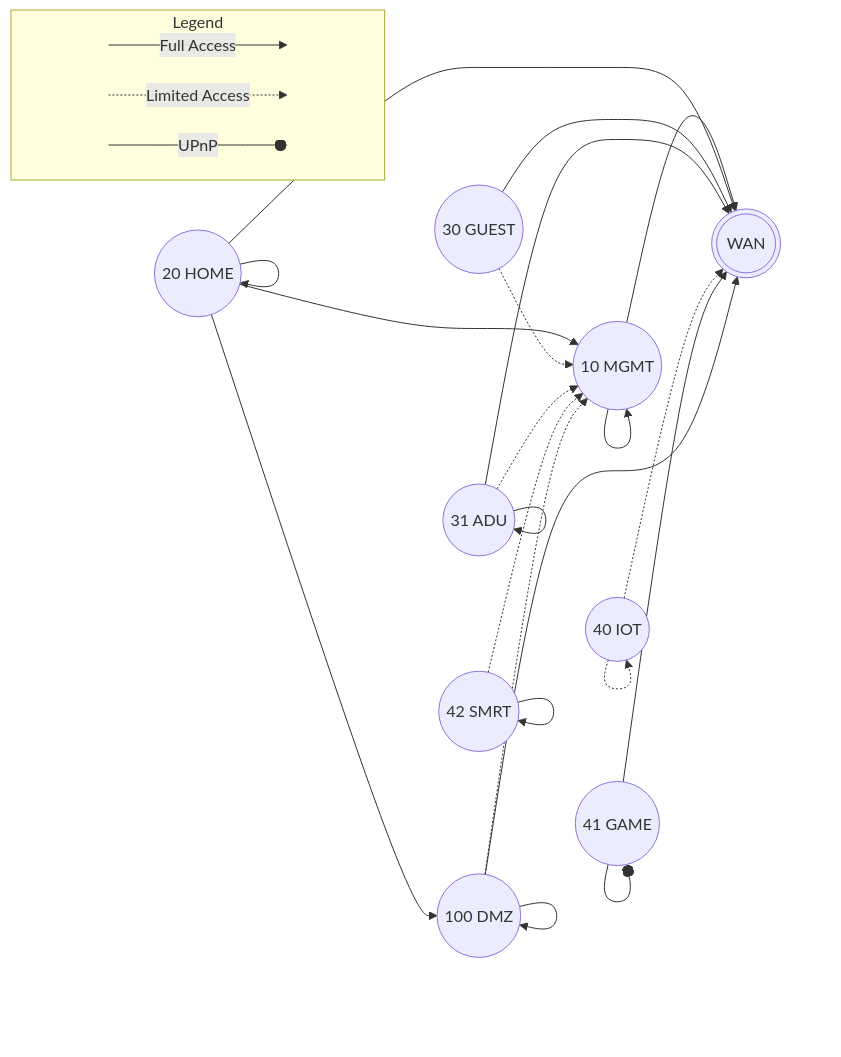
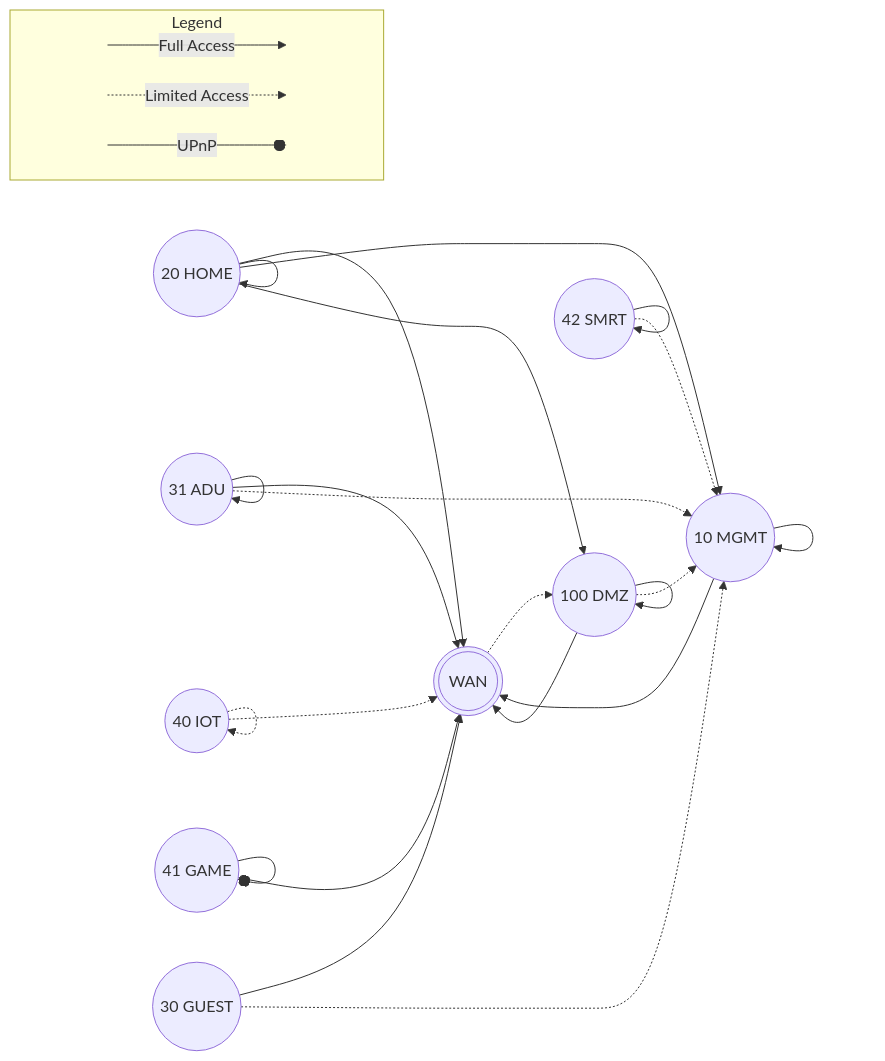
One commit to mutantmell/dotfiles changed the diagram in common/network/readme.md. Above: the diagram before and after it, drawn with Mermaid.

Commit message:
indicate that WAN as limited access to DMZ
in practice only via Wireguard

````diff
--- a/common/network/readme.md
+++ b/common/network/readme.md
@@ -3,45 +3,46 @@
 ```mermaid
 flowchart LR
   subgraph Legend
     direction LR
 	src1[ ] -->|Full Access| snk1[ ]
 	style src1 height:0px;
 	style snk1 height:0px;
 	src2[ ] -.->|Limited Access| snk2[ ]
 	style src2 height:0px;
 	style snk2 height:0px;	
 	src3[ ] --o|UPnP| snk3[ ]
 	style src3 height:0px;
 	style snk3 height:0px;		
   end
 
   WAN(((WAN)))
+  WAN -.-> DMZ
 
   MGMT((10 MGMT)) --> MGMT
   MGMT --> WAN
 
   HOME((20 HOME)) --> HOME
   HOME --> WAN
   HOME --> MGMT
   HOME --> DMZ
 
   GUEST((30 GUEST)) --> WAN
   GUEST -.-> MGMT
 
   ADU((31 ADU)) --> ADU
   ADU --> WAN
   ADU -.-> MGMT
   
   IOT((40 IOT)) -.-> IOT
   IOT -.-> WAN
 
   GAME((41 GAME)) --o GAME
   GAME --> WAN
 
   SMRT((42 SMRT)) --> SMRT
   SMRT((42 SMRT)) -.-> MGMT
   
   DMZ((100 DMZ)) --> DMZ
   DMZ -.-> MGMT
   DMZ --> WAN
-  ```
+```
````
